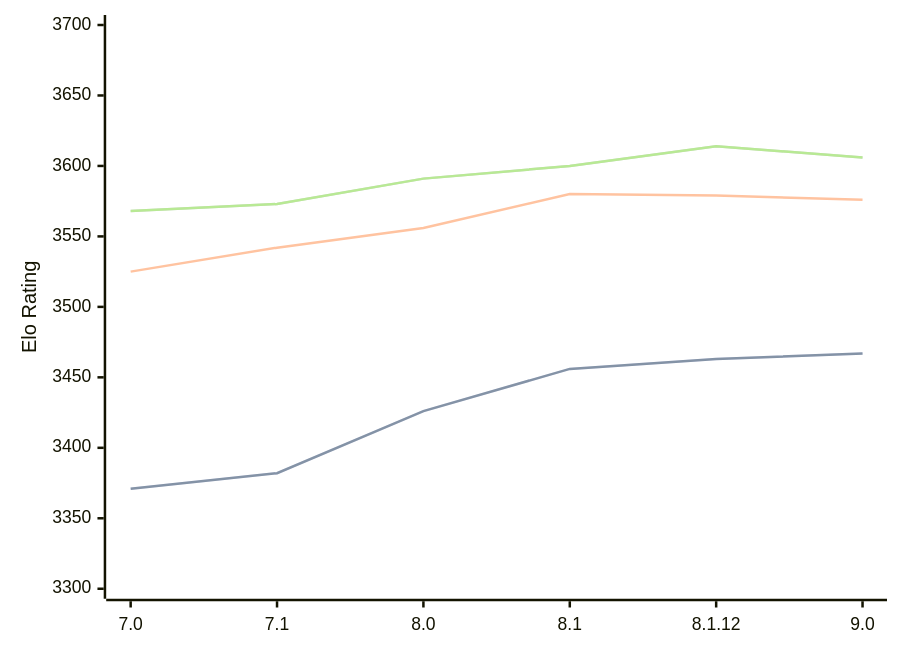
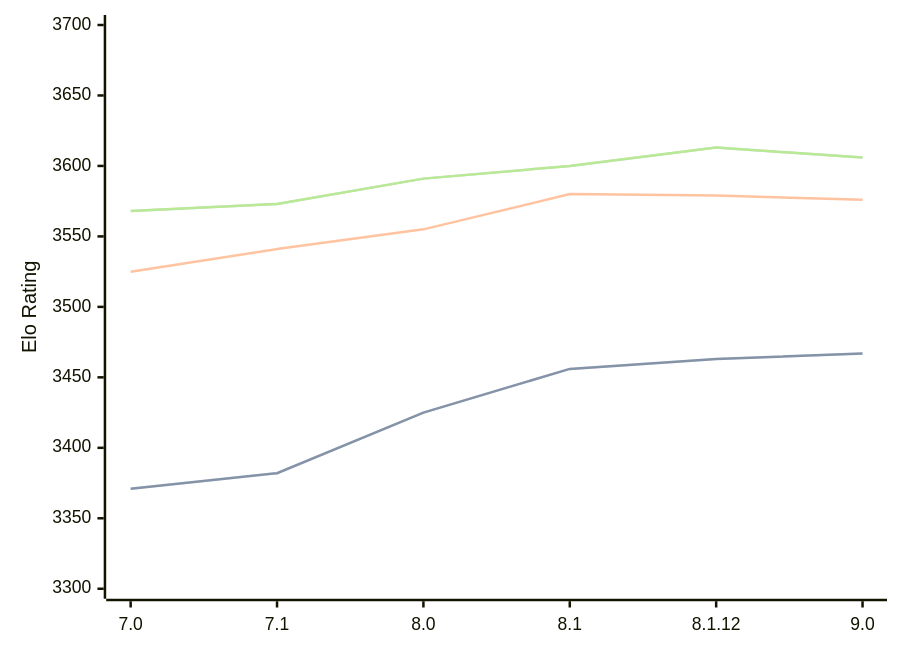
One commit to computer-chess-index/cci changed the diagram in engines/Alexandria.md. Above: the diagram before and after it, drawn with Mermaid. The commit also changed other lines of this file, not shown here.

Commit message:
Update CCI Ratings (ELO VLTC) - 2026-03-16

````diff
--- a/engines/Alexandria.md
+++ b/engines/Alexandria.md
@@ -53,11 +53,11 @@
 ```mermaid
 %%{init: {"theme":"base","themeVariables":{"seriesColors:['#a3a3a3','#222221','#faa371']}}}%%
 xychart-beta
   x-axis ["7.0", "7.1", "8.0", "8.1", "8.1.12", "9.0"]
   y-axis "Elo Rating" 3300 --> 3700
-  line "STC (8.0+0.08s)" [3371, 3382, 3426, 3456, 3463, 3467]
-  line "STC (8.0+0.08s)" [3371, 3382, 3426, 3456, 3463, 3467]
-  line "LTC (60.0+0.60s)" [3525, 3542, 3556, 3580, 3579, 3576]
-  line "VLTC (2m24s+1.12s)" [3568, 3573, 3591, 3600, 3614, 3606]
-  line "VLTC (2m24s+1.12s)" [3568, 3573, 3591, 3600, 3614, 3606]
+  line "STC (8.0+0.08s)" [3371, 3382, 3425, 3456, 3463, 3467]
+  line "STC (8.0+0.08s)" [3371, 3382, 3425, 3456, 3463, 3467]
+  line "LTC (60.0+0.60s)" [3525, 3541, 3555, 3580, 3579, 3576]
+  line "VLTC (2m24s+1.12s)" [3568, 3573, 3591, 3600, 3613, 3606]
+  line "VLTC (2m24s+1.12s)" [3568, 3573, 3591, 3600, 3613, 3606]
 ```
````
